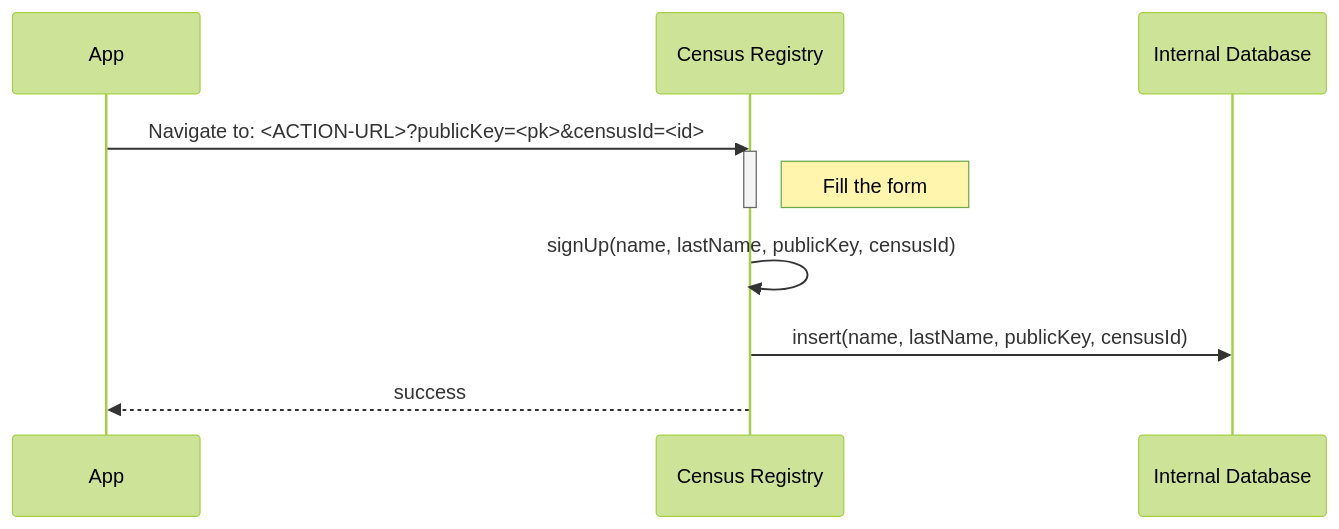
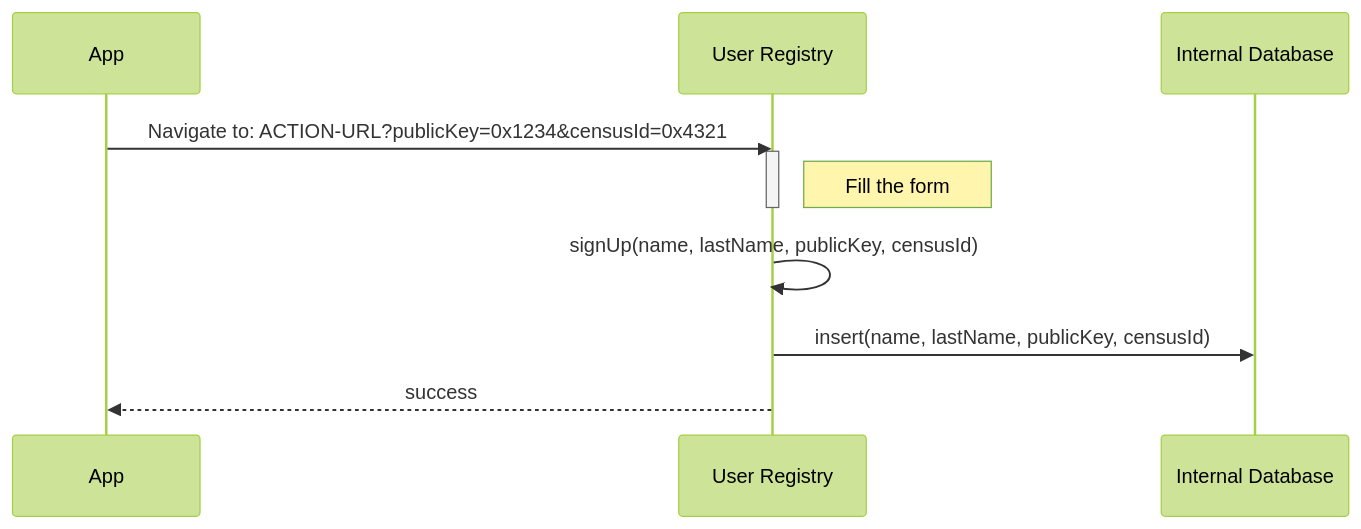
Before and after one commit to vocdoni/docs: the fifth of 15 diagrams in docs/protocol/sequence-diagrams.md, drawn with Mermaid (forest theme). The commit also changed other lines of this file, not shown here.

````diff
--- a/docs/protocol/sequence-diagrams.md
+++ b/docs/protocol/sequence-diagrams.md
@@ -145,16 +145,16 @@
 ```mermaid
 sequenceDiagram
     participant App
-    participant CR as Census Registry
+    participant UR as User Registry
     participant DB as Internal Database
 
-    App->>CR: Navigate to: <ACTION-URL>?publicKey=<pk>&censusId=<id>
-        activate CR
-            Note right of CR: Fill the form
-        deactivate CR
+    App->>UR: Navigate to: ACTION-URL?publicKey=0x1234&censusId=0x4321
+        activate UR
+            Note right of UR: Fill the form
+        deactivate UR
 
-        CR->>CR: signUp(name, lastName, publicKey, censusId)
+        UR->>UR: signUp(name, lastName, publicKey, censusId)
 
-        CR->>DB: insert(name, lastName, publicKey, censusId)
-    CR-->>App: success
+        UR->>DB: insert(name, lastName, publicKey, censusId)
+    UR-->>App: success
 ```
````
